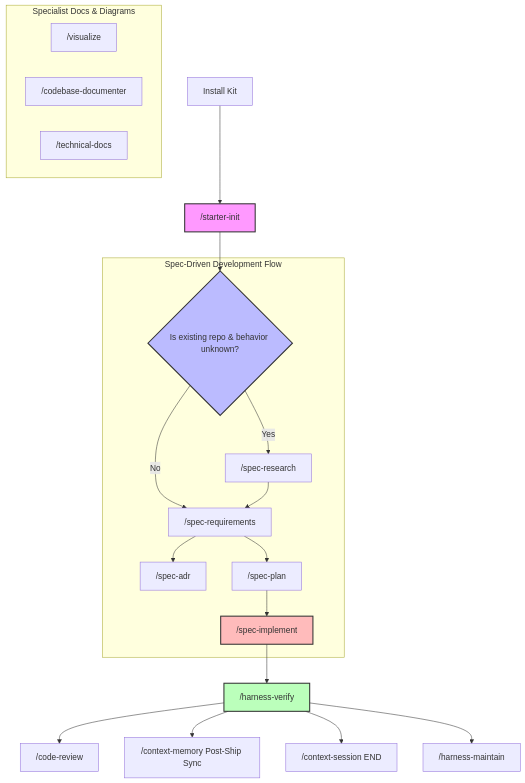
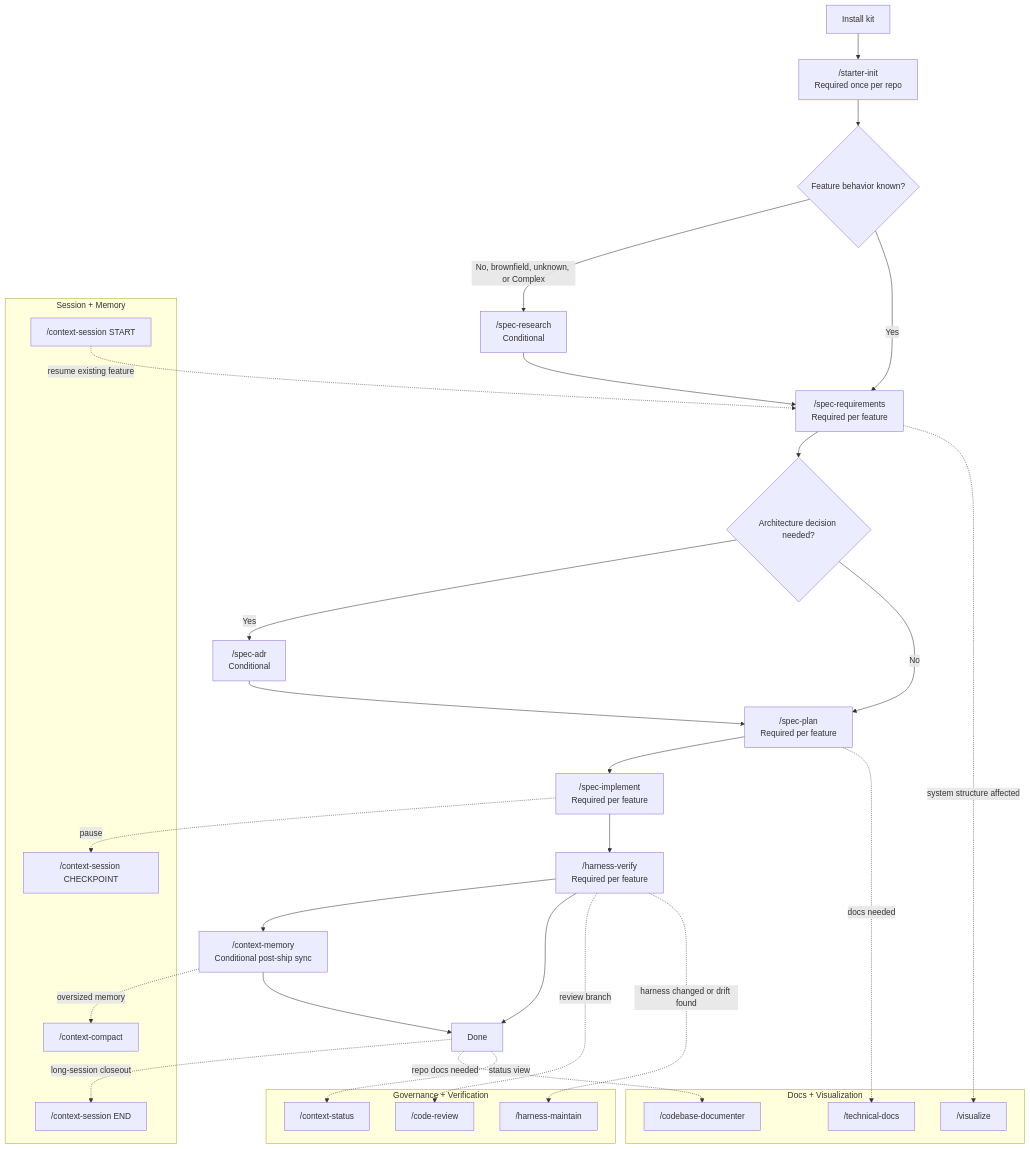
Before and after one commit to thaihai-swe/CoreZero-Nexus: the diagram in documents/end-to-end-tutorial.md, drawn with Mermaid. The commit also changed other lines of this file and 95 other files, not shown here.

````diff
--- a/documents/end-to-end-tutorial.md
+++ b/documents/end-to-end-tutorial.md
@@ -9,32 +23,50 @@
 ```mermaid
-graph TD
-    A[Install Kit] --> B3["/starter-init"]
-    B3 --> C{"Is existing repo & behavior unknown?"}
+flowchart TD
+    Install[Install kit] --> Starter["/starter-init<br/>Required once per repo"]
 
-    subgraph SDD [Spec-Driven Development Flow]
-        C -->|Yes| D["/spec-research"]
-        C -->|No| E["/spec-requirements"]
-        D --> E["/spec-requirements"]
-        E --> F["/spec-adr"]
-        E --> G["/spec-plan"]
-        G --> H["/spec-implement"]
+    Starter --> Intake{"Feature behavior known?"}
+    Intake -->|"No, brownfield, unknown, or Complex"| Research["/spec-research<br/>Conditional"]
+    Intake -->|"Yes"| Requirements["/spec-requirements<br/>Required per feature"]
+    Research --> Requirements
+
+    Requirements --> ADR{"Architecture decision needed?"}
+    ADR -->|"Yes"| SpecADR["/spec-adr<br/>Conditional"]
+    ADR -->|"No"| Plan["/spec-plan<br/>Required per feature"]
+    SpecADR --> Plan
+
+    Plan --> Implement["/spec-implement<br/>Required per feature"]
+    Implement --> Verify["/harness-verify<br/>Required per feature"]
+    Verify --> Memory["/context-memory<br/>Conditional post-ship sync"]
+    Verify --> Done[Done]
+    Memory --> Done
+
+    subgraph SessionMemory["Session + Memory"]
+        SessionStart["/context-session START"]
+        SessionCheckpoint["/context-session CHECKPOINT"]
+        SessionEnd["/context-session END"]
+        Compact["/context-compact"]
     end
 
-    subgraph Specialist Docs & Diagrams
-        I["/visualize"]
-        J["/codebase-documenter"]
-        K["/technical-docs"]
+    subgraph Governance["Governance + Verification"]
+        Status["/context-status"]
+        Maintain["/harness-maintain"]
+        Review["/code-review"]
     end
 
-    H --> M["/harness-verify"]
-    M --> N["/code-review"]
-    M --> O["/context-memory Post-Ship Sync"]
-    M --> P["/context-session END"]
+    subgraph DocsViz["Docs + Visualization"]
+        TechDocs["/technical-docs"]
+        CodebaseDocs["/codebase-documenter"]
+        Visualize["/visualize"]
+    end
 
-    M --> Q["/harness-maintain"]
-
-    style B3 fill:#f9f,stroke:#333,stroke-width:2px
-    style C fill:#bbf,stroke:#333,stroke-width:2px
-    style H fill:#fbb,stroke:#333,stroke-width:2px
-    style M fill:#bfb,stroke:#333,stroke-width:2px
+    SessionStart -. "resume existing feature" .-> Requirements
+    Implement -. "pause" .-> SessionCheckpoint
+    Done -. "long-session closeout" .-> SessionEnd
+    Verify -. "review branch" .-> Review
+    Requirements -. "system structure affected" .-> Visualize
+    Plan -. "docs needed" .-> TechDocs
+    Done -. "repo docs needed" .-> CodebaseDocs
+    Done -. "status view" .-> Status
+    Verify -. "harness changed or drift found" .-> Maintain
+    Memory -. "oversized memory" .-> Compact
 ```
````
